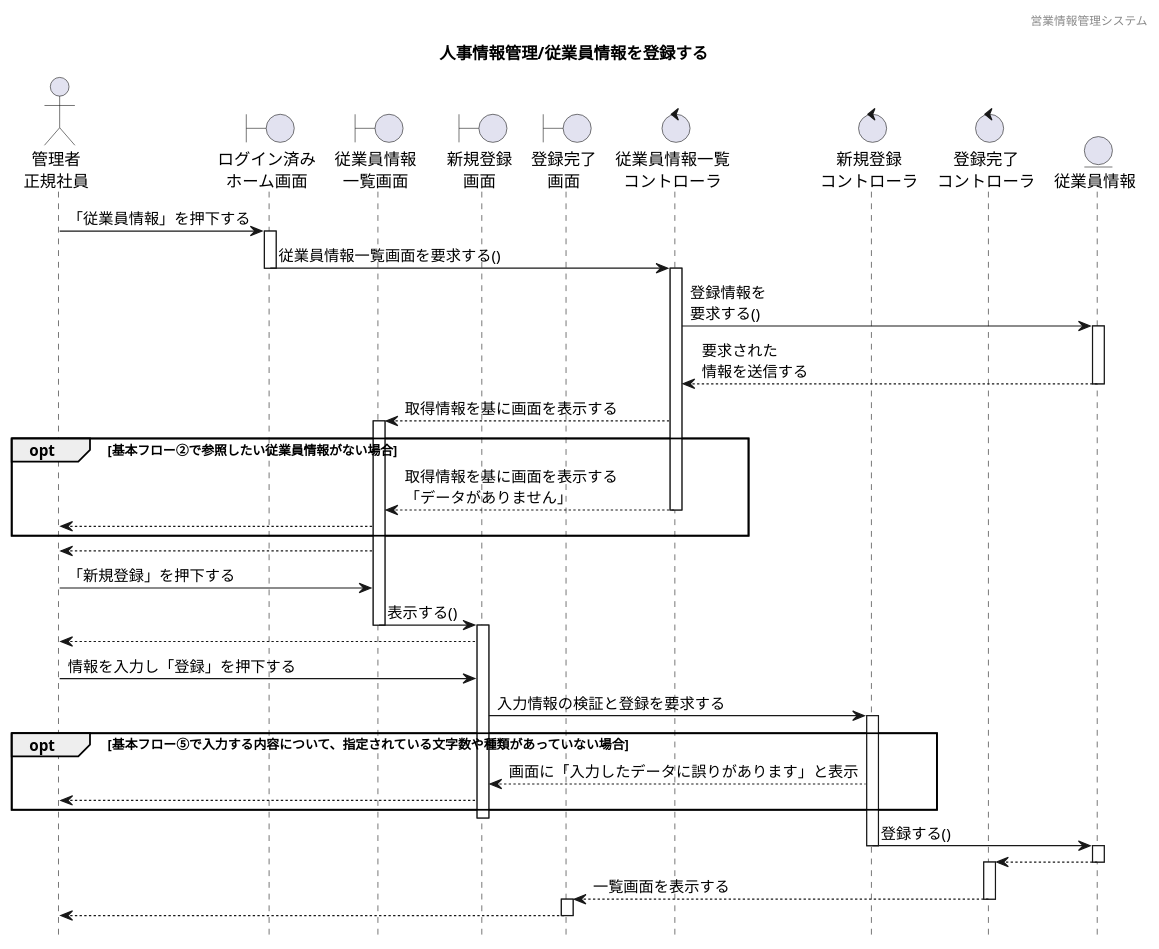
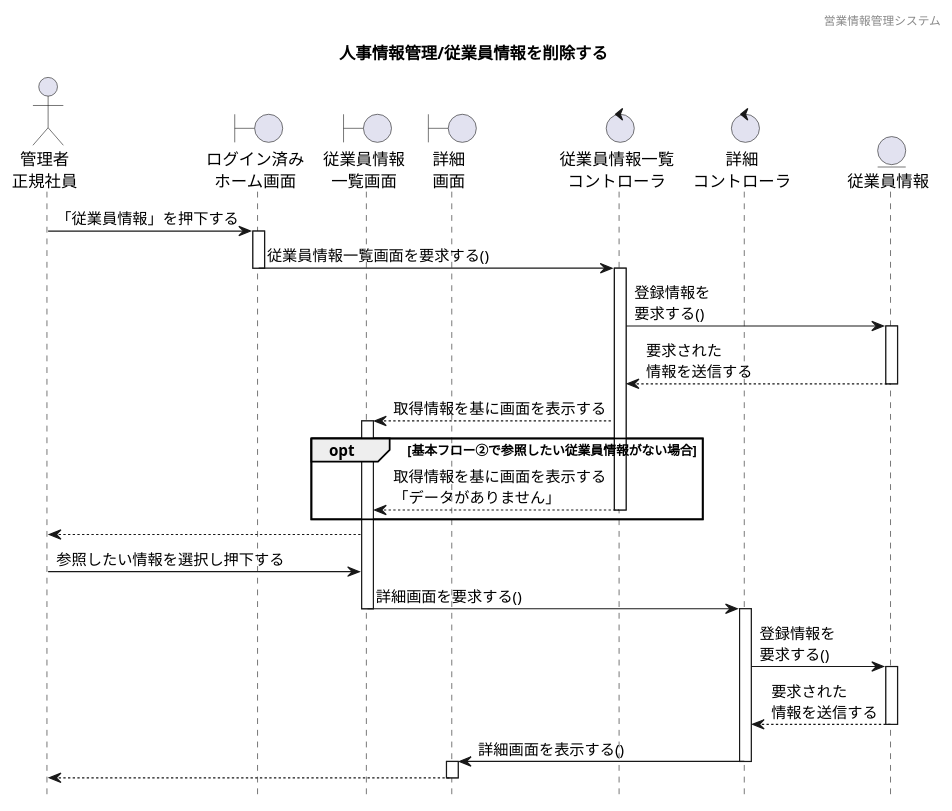
One commit to HaruShim/Sotuken changed the diagram in 各種設計書/4シーケンス図/マスタ管理/1.従業員情報マスタ/未_従業員情報管理_削除.plantuml. Above: the diagram before and after it, drawn with PlantUML. The commit also changed 2 other files, not shown here.

```diff
--- a/各種設計書/4シーケンス図/マスタ管理/1.従業員情報マスタ/未_従業員情報管理_削除.plantuml
+++ b/各種設計書/4シーケンス図/マスタ管理/1.従業員情報マスタ/未_従業員情報管理_削除.plantuml
@@ -1,77 +1,66 @@
 @startuml シーケンス図
 
 ' 下アイコン除去
 hide footbox
 ' ヘッダー
 header 営業情報管理システム
 ' タイトル
-title 人事情報管理/従業員情報を登録する
+title 人事情報管理/従業員情報を削除する
 
 
-' アイコン
+' actor "" as 
 actor "管理者\n正規社員" as a1
+
+' boundary "" as 
 boundary "ログイン済み\nホーム画面" as b1
 boundary "従業員情報\n一覧画面" as b2
-boundary "新規登録\n画面" as b3
-boundary "登録完了\n画面" as b4
+boundary "詳細\n画面" as b3
+
+' control "" as 
 control "従業員情報一覧\nコントローラ" as c1
-control "新規登録\nコントローラ" as c2
-control "登録完了\nコントローラ" as c3
+control "詳細\nコントローラ" as c2
+
+' entity "" as
 entity "従業員情報" as e1
 
 
 ' ログイン済みホーム画面から一覧表示までのシーケンス
 a1 -> b1 : 「従業員情報」を押下する
 activate b1
 b1 -> c1 : 従業員情報一覧画面を要求する()
 deactivate b1
 activate c1
 c1 -> e1 : 登録情報を\n要求する()
 activate e1
 c1 <-- e1 : 要求された\n情報を送信する
 deactivate e1
 b2 <-- c1 : 取得情報を基に画面を表示する
 activate b2
 
 ' 代替フロー
 opt 基本フロー②で参照したい従業員情報がない場合
 b2 <-- c1 : 取得情報を基に画面を表示する\n「データがありません」
 deactivate c1
-a1 <-- b2
 end
 
 activate b2
 a1 <-- b2
-a1 -> b2 : 「新規登録」を押下する
-b2 -> b3 : 表示する()
+a1 -> b2 : 参照したい情報を選択し押下する
+b2 -> c2 : 詳細画面を要求する()
 deactivate b2
+activate c2
+
+
+c2 -> e1 : 登録情報を\n要求する()
+activate e1
+c2 <-- e1 : 要求された\n情報を送信する
+deactivate e1
+b3 <- c2 : 詳細画面を表示する()
+deactivate c2
 activate b3
 a1 <-- b3
-a1 -> b3 : 情報を入力し「登録」を押下する
-b3 -> c2 : 入力情報の検証と登録を要求する
-activate c2
-
-' 代替フロー
-opt 基本フロー⑤で入力する内容について、指定されている文字数や種類があっていない場合
-b3 <-- c2 : 画面に「入力したデータに誤りがあります」と表示
-deactivate c1
-a1 <-- b3
-end
-
 deactivate b3
-activate c2
-c2 -> e1 : 登録する()
-deactivate c2
-activate e1
-c3 <-- e1
-deactivate e1
-activate c3
-b4 <-- c3 : 一覧画面を表示する
-deactivate c3
-activate b4
-a1 <-- b4
-deactivate b4
 
 
 
 @enduml
```
